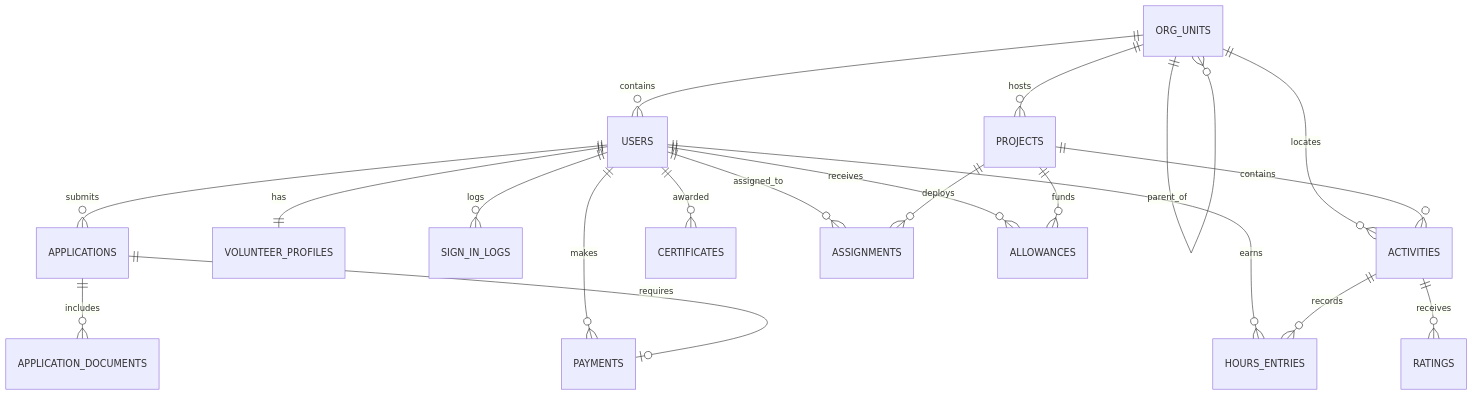
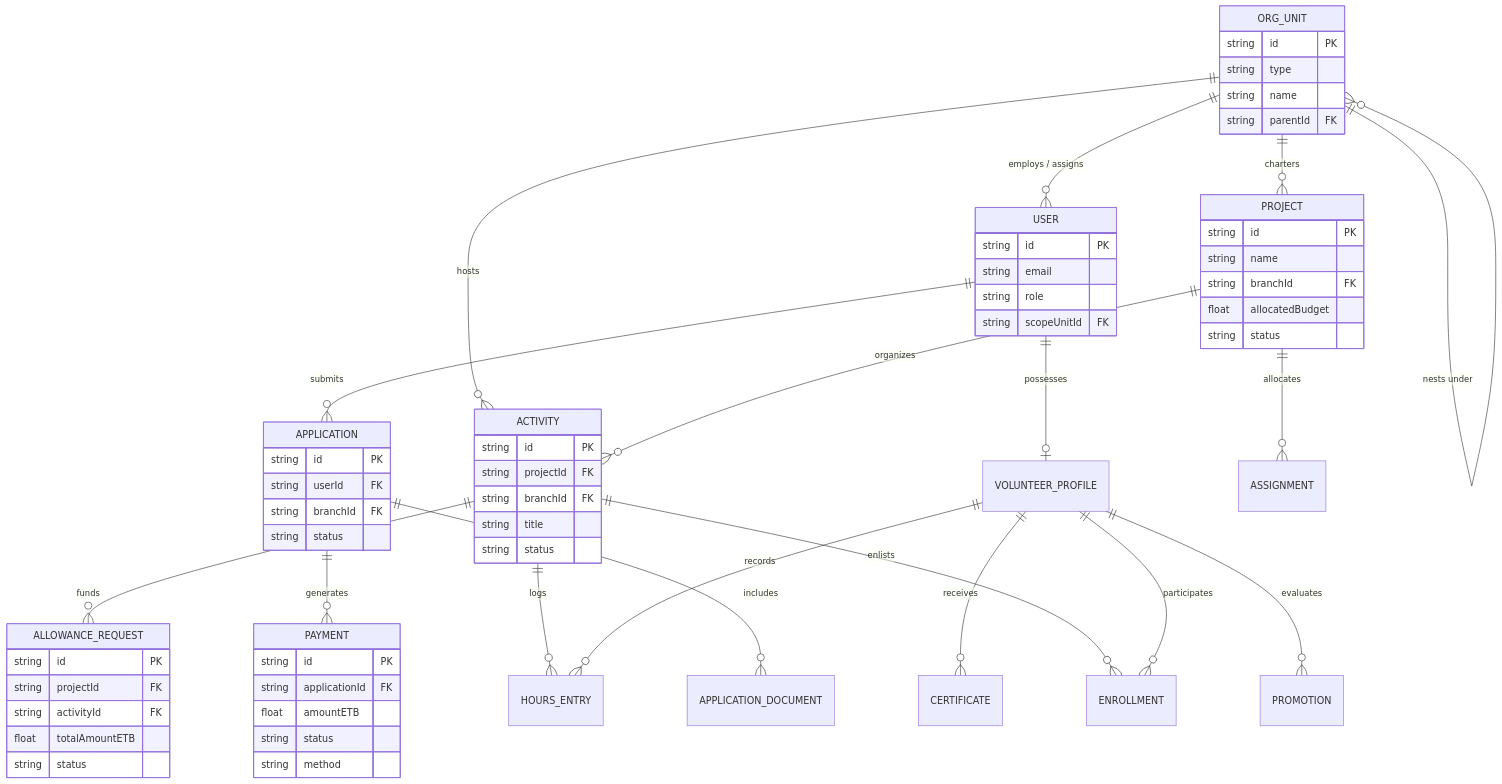
One commit to eyoba146/volunteer-operations-platform changed the seventh of 7 diagrams in README.md. Above: the diagram before and after it, drawn with Mermaid. The commit also changed other lines of this file and 5 other files, not shown here.

Commit message:
Complete README, requirements, schema and inventory

````diff
--- a/README.md
+++ b/README.md
@@ -461,26 +1582,67 @@
 ```mermaid
 erDiagram
-    ORG_UNITS ||--o{ ORG_UNITS : "parent_of"
-    ORG_UNITS ||--o{ USERS : "contains"
-    ORG_UNITS ||--o{ PROJECTS : "hosts"
-    ORG_UNITS ||--o{ ACTIVITIES : "locates"
+    ORG_UNIT ||--o{ ORG_UNIT : "nests under"
+    ORG_UNIT ||--o{ USER : "employs / assigns"
+    ORG_UNIT ||--o{ PROJECT : "charters"
+    ORG_UNIT ||--o{ ACTIVITY : "hosts"
+    USER ||--o| VOLUNTEER_PROFILE : "possesses"
+    USER ||--o{ APPLICATION : "submits"
+    APPLICATION ||--o{ APPLICATION_DOCUMENT : "includes"
+    APPLICATION ||--o{ PAYMENT : "generates"
+    PROJECT ||--o{ ACTIVITY : "organizes"
+    PROJECT ||--o{ ASSIGNMENT : "allocates"
+    ACTIVITY ||--o{ ENROLLMENT : "enlists"
+    ACTIVITY ||--o{ HOURS_ENTRY : "logs"
+    ACTIVITY ||--o{ ALLOWANCE_REQUEST : "funds"
+    VOLUNTEER_PROFILE ||--o{ ENROLLMENT : "participates"
+    VOLUNTEER_PROFILE ||--o{ HOURS_ENTRY : "records"
+    VOLUNTEER_PROFILE ||--o{ PROMOTION : "evaluates"
+    VOLUNTEER_PROFILE ||--o{ CERTIFICATE : "receives"
 
-    USERS ||--|| VOLUNTEER_PROFILES : "has"
-    USERS ||--o{ SIGN_IN_LOGS : "logs"
-    USERS ||--o{ APPLICATIONS : "submits"
-    USERS ||--o{ PAYMENTS : "makes"
-    USERS ||--o{ HOURS_ENTRIES : "earns"
-    USERS ||--o{ CERTIFICATES : "awarded"
-    USERS ||--o{ ASSIGNMENTS : "assigned_to"
-    USERS ||--o{ ALLOWANCES : "receives"
-
-    PROJECTS ||--o{ ACTIVITIES : "contains"
-    PROJECTS ||--o{ ALLOWANCES : "funds"
-    PROJECTS ||--o{ ASSIGNMENTS : "deploys"
-
-    APPLICATIONS ||--o{ APPLICATION_DOCUMENTS : "includes"
-    APPLICATIONS ||--o| PAYMENTS : "requires"
-
-    ACTIVITIES ||--o{ HOURS_ENTRIES : "records"
-    ACTIVITIES ||--o{ RATINGS : "receives"
+    ORG_UNIT {
+        string id PK
+        string type
+        string name
+        string parentId FK
+    }
+    USER {
+        string id PK
+        string email
+        string role
+        string scopeUnitId FK
+    }
+    APPLICATION {
+        string id PK
+        string userId FK
+        string branchId FK
+        string status
+    }
+    PAYMENT {
+        string id PK
+        string applicationId FK
+        float amountETB
+        string status
+        string method
+    }
+    PROJECT {
+        string id PK
+        string name
+        string branchId FK
+        float allocatedBudget
+        string status
+    }
+    ACTIVITY {
+        string id PK
+        string projectId FK
+        string branchId FK
+        string title
+        string status
+    }
+    ALLOWANCE_REQUEST {
+        string id PK
+        string projectId FK
+        string activityId FK
+        float totalAmountETB
+        string status
+    }
 ```
````
